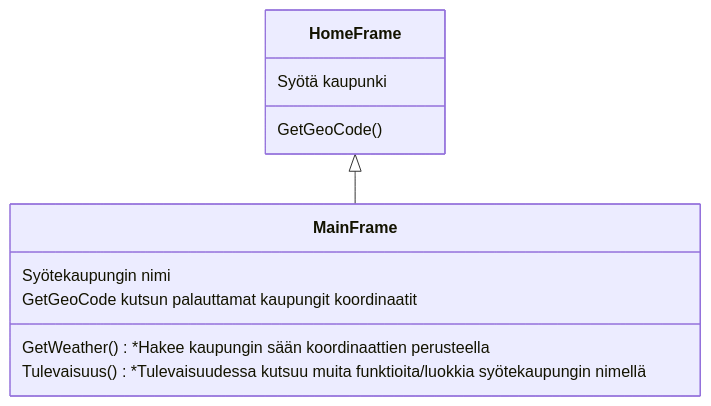
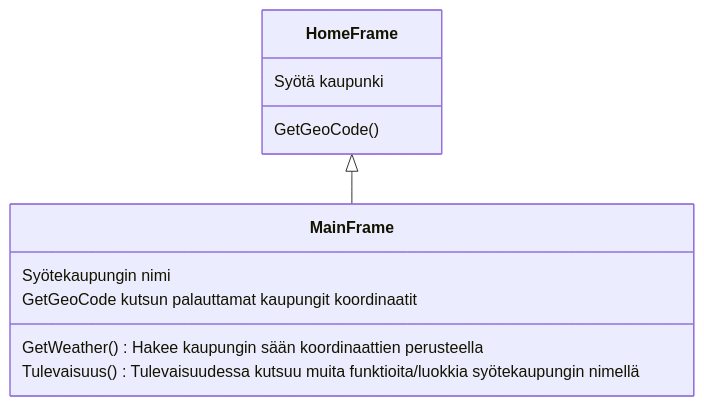
One commit to kodtld/TravelHub changed the diagram in dokumentaatio/arkkitehtuuri.md. Above: the diagram before and after it, drawn with Mermaid.

Commit message:
lisätty arkkitehtuuri

````diff
--- a/dokumentaatio/arkkitehtuuri.md
+++ b/dokumentaatio/arkkitehtuuri.md
@@ -1,17 +1,17 @@
 ```mermaid
  classDiagram
       
       HomeFrame  <|-- MainFrame
       
 
       HomeFrame : Syötä kaupunki  
       HomeFrame : GetGeoCode()
 
       class MainFrame{
   	  Syötekaupungin nimi
           GetGeoCode kutsun palauttamat kaupungit koordinaatit  
-          GetWeather() *Hakee kaupungin sään koordinaattien perusteella
-	  Tulevaisuus() *Tulevaisuudessa kutsuu muita funktioita/luokkia syötekaupungin nimellä
+          GetWeather() Hakee kaupungin sään koordinaattien perusteella
+	  Tulevaisuus() Tulevaisuudessa kutsuu muita funktioita/luokkia syötekaupungin nimellä
           }
 
 ```
````
